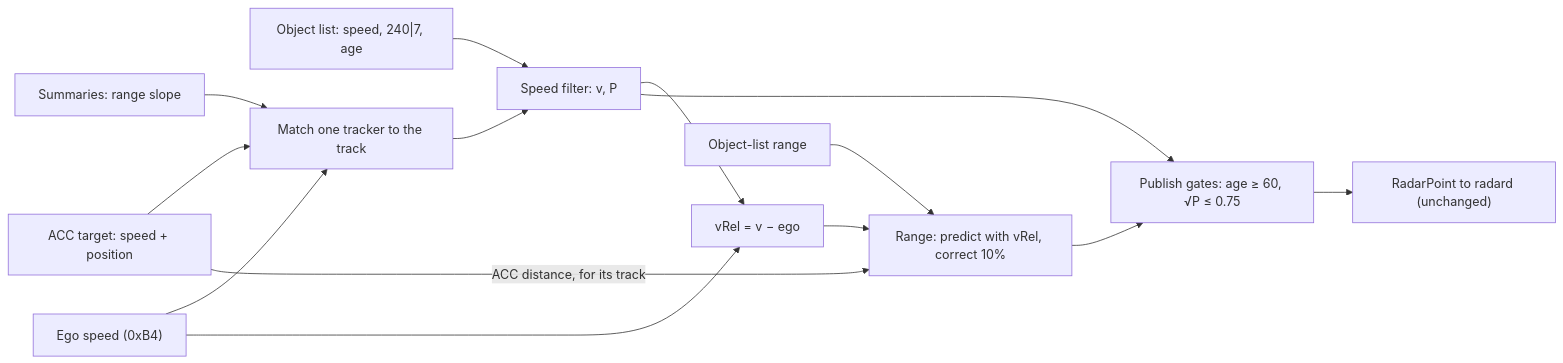
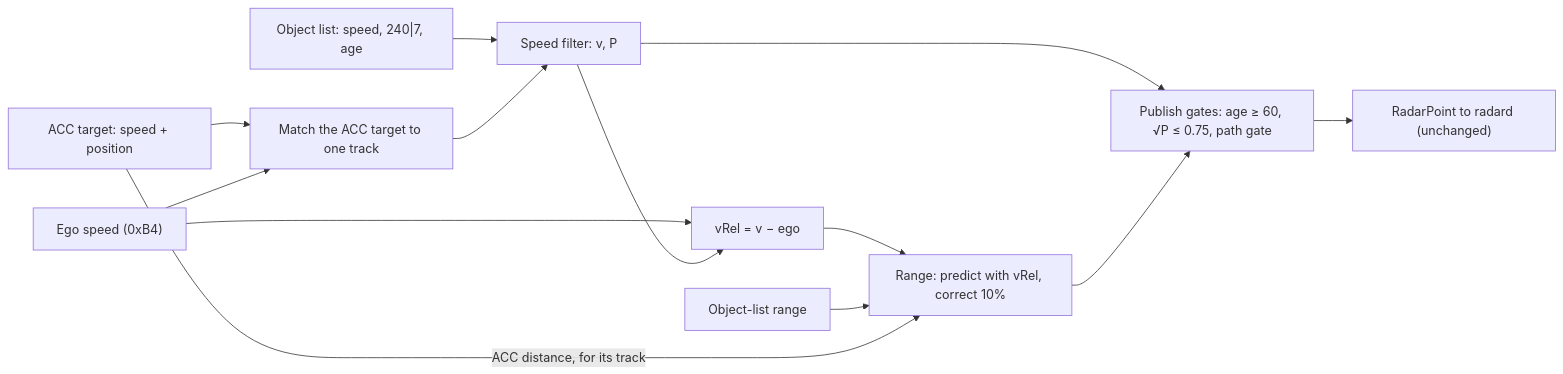
The diagram in docs/12_kalman_filter.md (ds-sebastian/ars510-radar), drawn with Mermaid before and after one commit. The commit also changed other lines of this file and 96 other files, not shown here.

````diff
--- a/docs/12_kalman_filter.md
+++ b/docs/12_kalman_filter.md
@@ -37,16 +34,15 @@
 ```mermaid
 flowchart LR
   O["Object list: speed, 240|7, age"] --> K["Speed filter: v, P"]
-  A["ACC target: speed + position"] --> M["Match one tracker to the track"]
-  S["Summaries: range slope"] --> M
+  A["ACC target: speed + position"] --> M["Match the ACC target to one track"]
   M --> K
   E["Ego speed (0xB4)"] --> M
   E --> V["vRel = v − ego"]
   K --> V
   V --> R["Range: predict with vRel, correct 10%"]
   D["Object-list range"] --> R
   A -- "ACC distance, for its track" --> R
-  K --> G["Publish gates: age ≥ 60, √P ≤ 0.75"]
+  K --> G["Publish gates: age ≥ 60, √P ≤ 0.75, path gate"]
   R --> G
   G --> P["RadarPoint to radard (unchanged)"]
 ```
````
